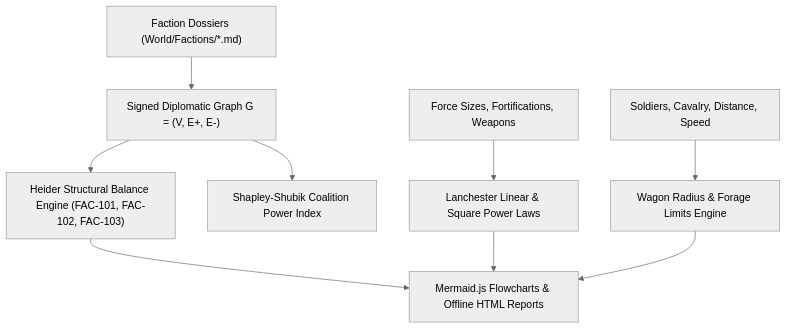
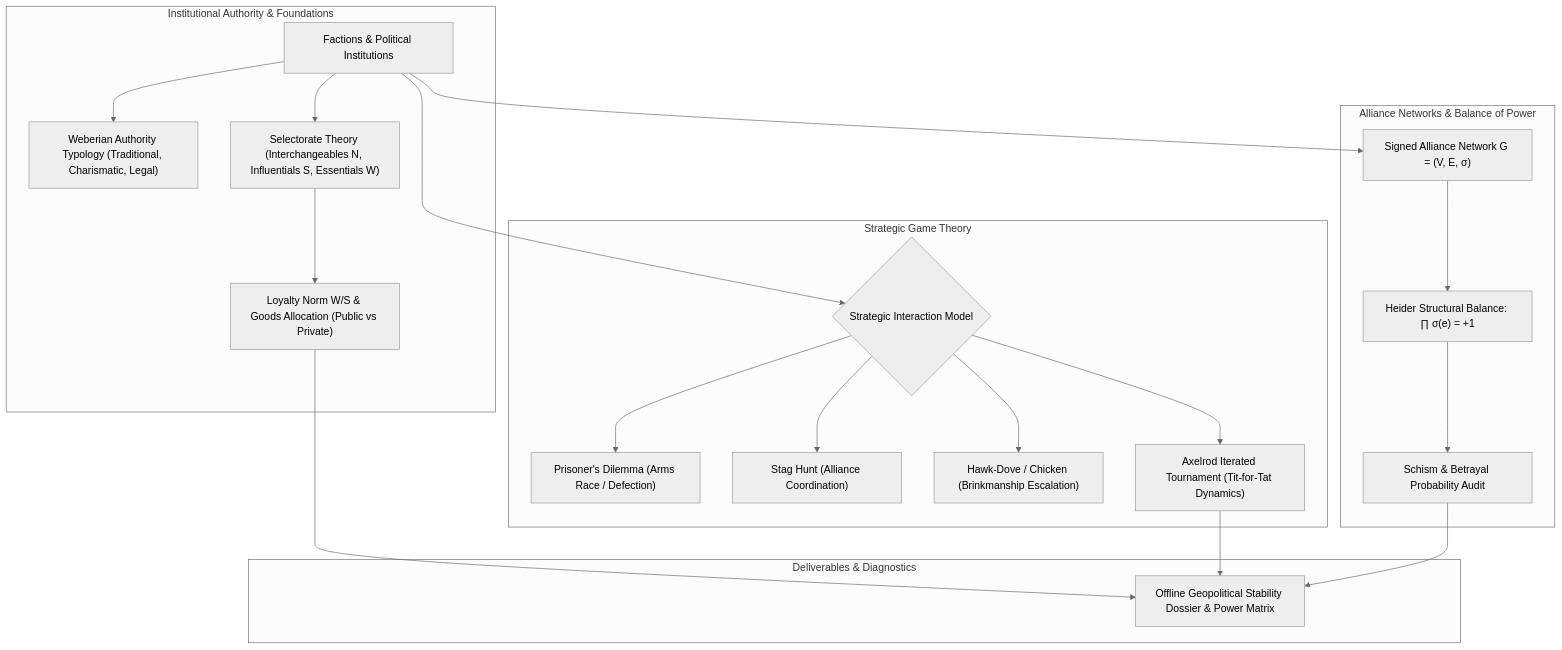
The diagram in docs/FACTIONS.md (aryansinghnagar/Ars-Arcanum), drawn with Mermaid (neutral theme) before and after one commit. The commit also changed other lines of this file and 239 other files, not shown here.

First line of the commit message:
feat(v5.0.0): streamline to 47 deterministic engines, zero-pip architecture, and encyclopedic craft references

````diff
--- a/docs/FACTIONS.md
+++ b/docs/FACTIONS.md
@@ -22,12 +18,26 @@
 ```mermaid
 flowchart TD
-    Dossiers["Faction Dossiers (World/Factions/*.md)"] --> SignedGraph["Signed Diplomatic Graph G = (V, E+, E-)"]
-    SignedGraph --> Heider["Heider Structural Balance Engine (FAC-101, FAC-102, FAC-103)"]
-    
-    SignedGraph --> PowerIndex["Shapley-Shubik Coalition Power Index"]
-    
-    BattleInputs["Force Sizes, Fortifications, Weapons"] --> Lanchester["Lanchester Linear & Square Power Laws"]
-    LogisticsInputs["Soldiers, Cavalry, Distance, Speed"] --> WagonRadius["Wagon Radius & Forage Limits Engine"]
-    
-    Heider & Lanchester & WagonRadius --> Reports["Mermaid.js Flowcharts & Offline HTML Reports"]
+    subgraph Institutional Authority & Foundations
+        Factions["Factions & Political Institutions"] --> Weber["Weberian Authority Typology (Traditional, Charismatic, Legal)"]
+        Factions --> Selectorate["Selectorate Theory (Interchangeables N, Influentials S, Essentials W)"]
+        Selectorate --> LoyaltyNorm["Loyalty Norm W/S & Goods Allocation (Public vs Private)"]
+    end
+
+    subgraph Strategic Game Theory
+        Factions --> GameType{"Strategic Interaction Model"}
+        GameType --> PrisonersDilemma["Prisoner's Dilemma (Arms Race / Defection)"]
+        GameType --> StagHunt["Stag Hunt (Alliance Coordination)"]
+        GameType --> HawkDove["Hawk-Dove / Chicken (Brinkmanship Escalation)"]
+        GameType --> Axelrod["Axelrod Iterated Tournament (Tit-for-Tat Dynamics)"]
+    end
+
+    subgraph Alliance Networks & Balance of Power
+        Factions --> SignedGraph["Signed Alliance Network G = (V, E, σ)"]
+        SignedGraph --> HeiderBalance["Heider Structural Balance: ∏ σ(e) = +1"]
+        HeiderBalance --> SchismRisk["Schism & Betrayal Probability Audit"]
+    end
+
+    subgraph Deliverables & Diagnostics
+        LoyaltyNorm & Axelrod & SchismRisk --> StandaloneReport["Offline Geopolitical Stability Dossier & Power Matrix"]
+    end
 ```
````
